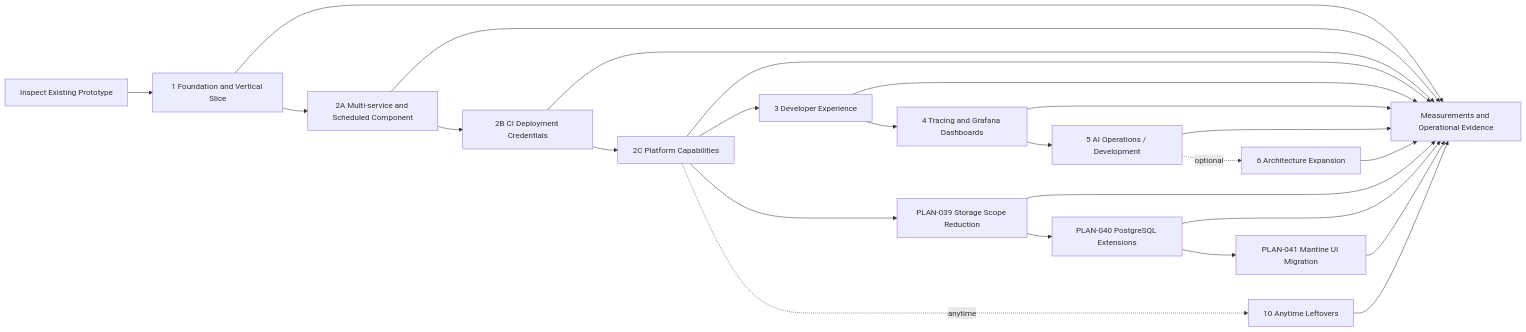
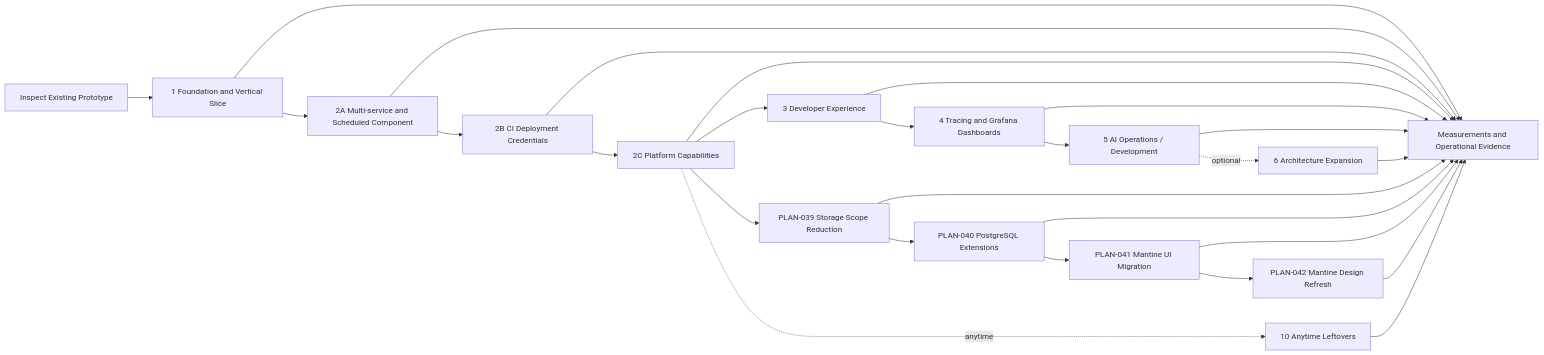
Before and after one commit to eseidinger/developer-platform: the diagram in docs/maintainers/delivery/README.md, drawn with Mermaid. The commit also changed other lines of this file and 4 other files, not shown here.

Commit message:
Plan Mantine portal design refresh (PLAN-042)

````diff
--- a/docs/maintainers/delivery/README.md
+++ b/docs/maintainers/delivery/README.md
@@ -167,27 +172,29 @@
 ```mermaid
 flowchart LR
     Baseline["Inspect Existing Prototype"] --> P1["1 Foundation and Vertical Slice"]
     P1 --> P2A["2A Multi-service and Scheduled Component"]
     P2A --> P2B["2B CI Deployment Credentials"]
     P2B --> P2C["2C Platform Capabilities"]
     P2C --> P3["3 Developer Experience"]
     P3 --> P4["4 Tracing and Grafana Dashboards"]
     P4 --> P5["5 AI Operations / Development"]
     P5 -. "optional" .-> P6["6 Architecture Expansion"]
     P2C --> Storage["PLAN-039 Storage Scope Reduction"]
     Storage --> Extensions["PLAN-040 PostgreSQL Extensions"]
     Extensions --> Mantine["PLAN-041 Mantine UI Migration"]
+    Mantine --> Design["PLAN-042 Mantine Design Refresh"]
     P2C -. "anytime" .-> P10["10 Anytime Leftovers"]
     P1 --> Evidence["Measurements and Operational Evidence"]
     P2A --> Evidence
     P2B --> Evidence
     P2C --> Evidence
     P3 --> Evidence
     P4 --> Evidence
     P5 --> Evidence
     P6 --> Evidence
     Storage --> Evidence
     Extensions --> Evidence
     Mantine --> Evidence
+    Design --> Evidence
     P10 --> Evidence
 ```
````
